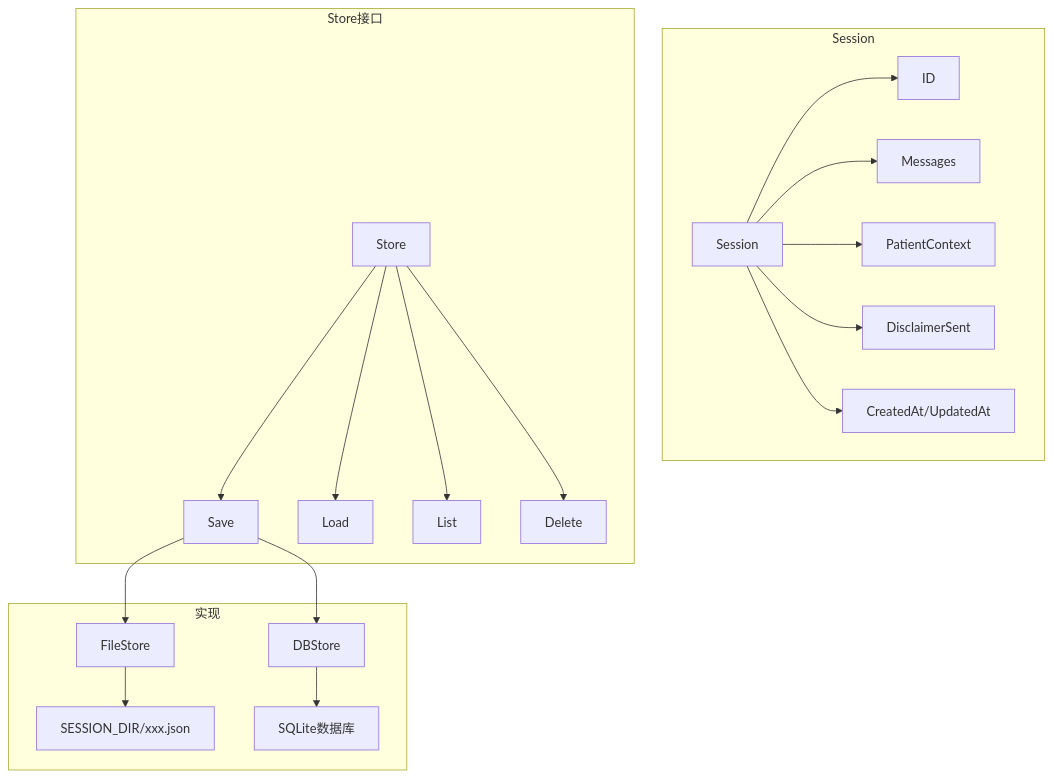
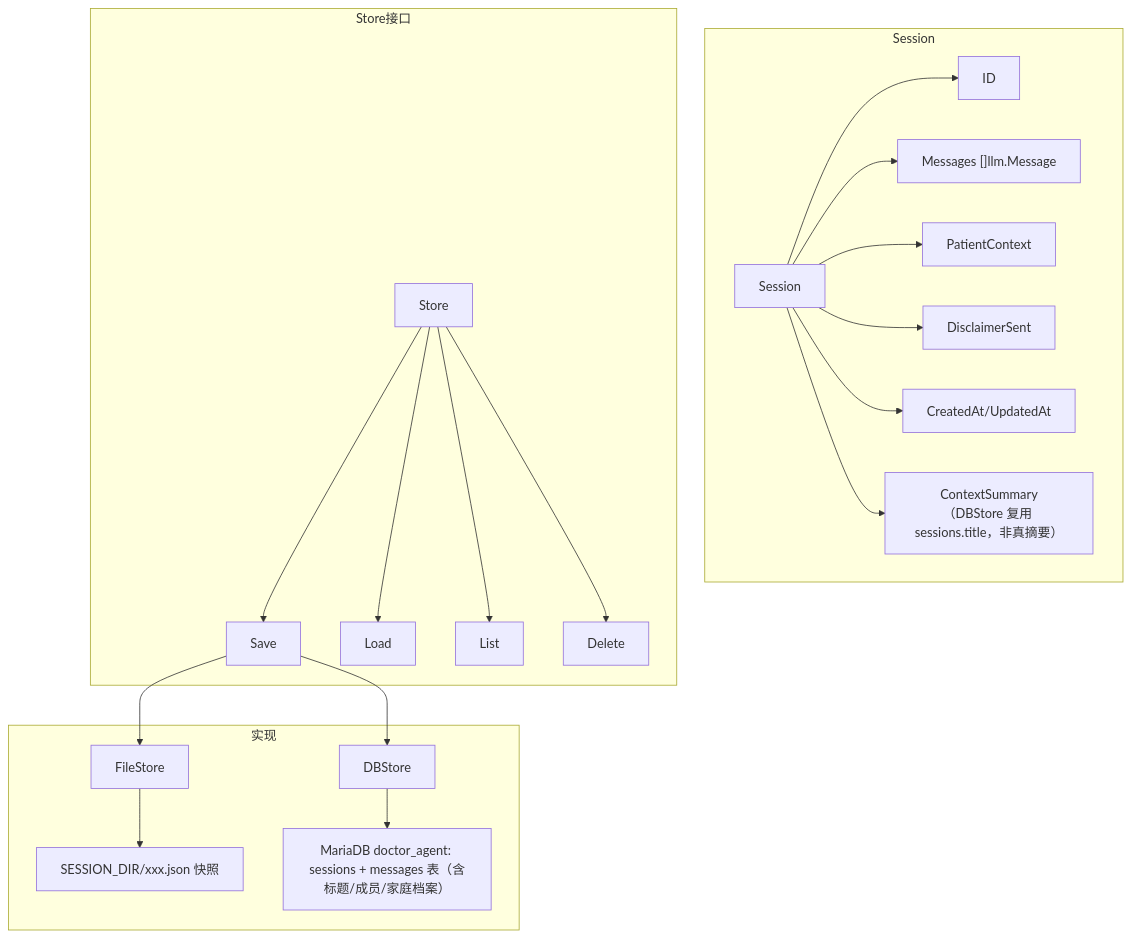
Before and after one commit to deep2code/doctor-agent: the fifth of 7 diagrams in docs/architecture.md, drawn with Mermaid. The commit also changed other lines of this file and 101 other files, not shown here.

````diff
--- a/docs/architecture.md
+++ b/docs/architecture.md
@@ -204,24 +220,25 @@
 ```mermaid
 graph TB
     subgraph "Session"
         A[Session] --> B[ID]
-        A --> C[Messages]
+        A --> C["Messages []llm.Message"]
         A --> D[PatientContext]
         A --> E[DisclaimerSent]
         A --> F[CreatedAt/UpdatedAt]
+        A --> G2["ContextSummary（DBStore 复用 sessions.title，非真摘要）"]
     end
 
     subgraph "Store接口"
         G[Store] --> H[Save]
         G --> I[Load]
         G --> J[List]
         G --> K[Delete]
     end
 
     subgraph "实现"
         H --> I1[FileStore]
         H --> I2[DBStore]
-        I1 --> J1[SESSION_DIR/xxx.json]
-        I2 --> J2[SQLite数据库]
+        I1 --> J1["SESSION_DIR/xxx.json 快照"]
+        I2 --> J2["MariaDB doctor_agent: sessions + messages 表（含标题/成员/家庭档案）"]
     end
 ```
````
